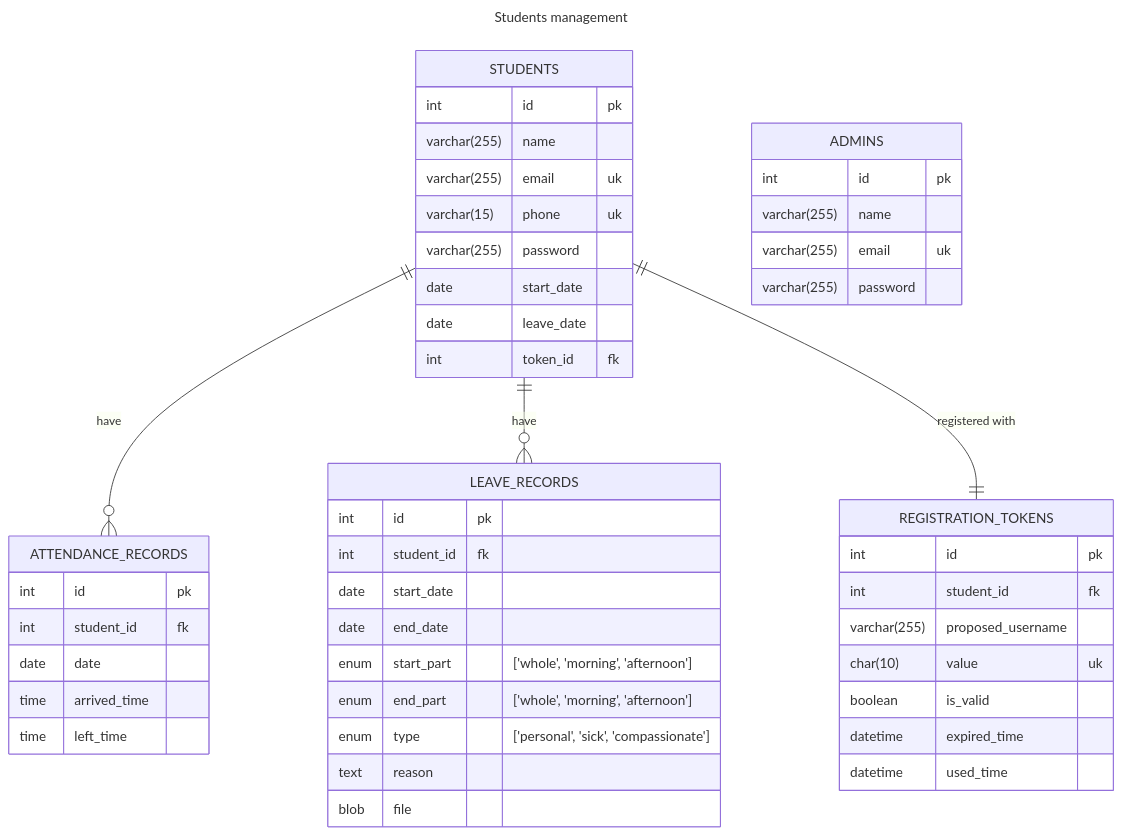
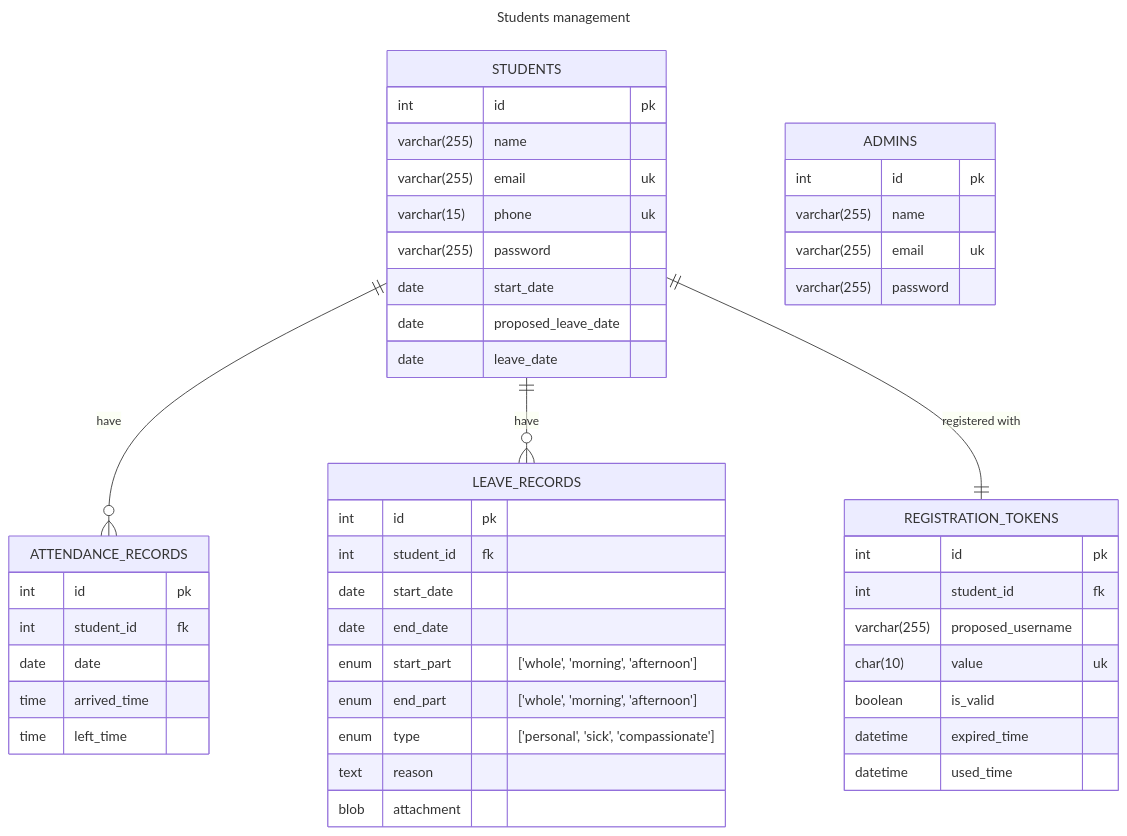
One commit to devusexu/student_management changed the diagram in README.md. Above: the diagram before and after it, drawn with Mermaid.

Commit message:
docs: modify ERD

````diff
--- a/README.md
+++ b/README.md
@@ -10,57 +10,57 @@
 ```mermaid
 ---
 title: Students management
 ---
 erDiagram
     STUDENTS ||--o{ ATTENDANCE_RECORDS : "have"
     STUDENTS ||--o{ LEAVE_RECORDS : "have"
     STUDENTS ||--|| REGISTRATION_TOKENS : "registered with"
 
    ADMINS {
     int id pk
     varchar(255) name
     varchar(255) email uk
     varchar(255) password
    }
 
    STUDENTS {
     int id pk
     varchar(255) name
     varchar(255) email uk
     varchar(15) phone uk
     varchar(255) password
-    date start_date
+    date start_date  
+    date proposed_leave_date
     date leave_date
-    int token_id fk
    }
 
   ATTENDANCE_RECORDS {
     int id pk
     int student_id fk
     date date
     time arrived_time
     time left_time
   }
 
   LEAVE_RECORDS {
     int id pk
     int student_id fk
     date start_date
     date end_date
     enum start_part "['whole', 'morning', 'afternoon']"
     enum end_part "['whole', 'morning', 'afternoon']"
     enum type "['personal', 'sick', 'compassionate']"
     text reason
-    blob file
+    blob attachment
   }
 
   REGISTRATION_TOKENS {
     int id pk
     int student_id fk
     varchar(255) proposed_username
     char(10) value uk
     boolean is_valid
     datetime expired_time
     datetime used_time
   }
 ```
````
